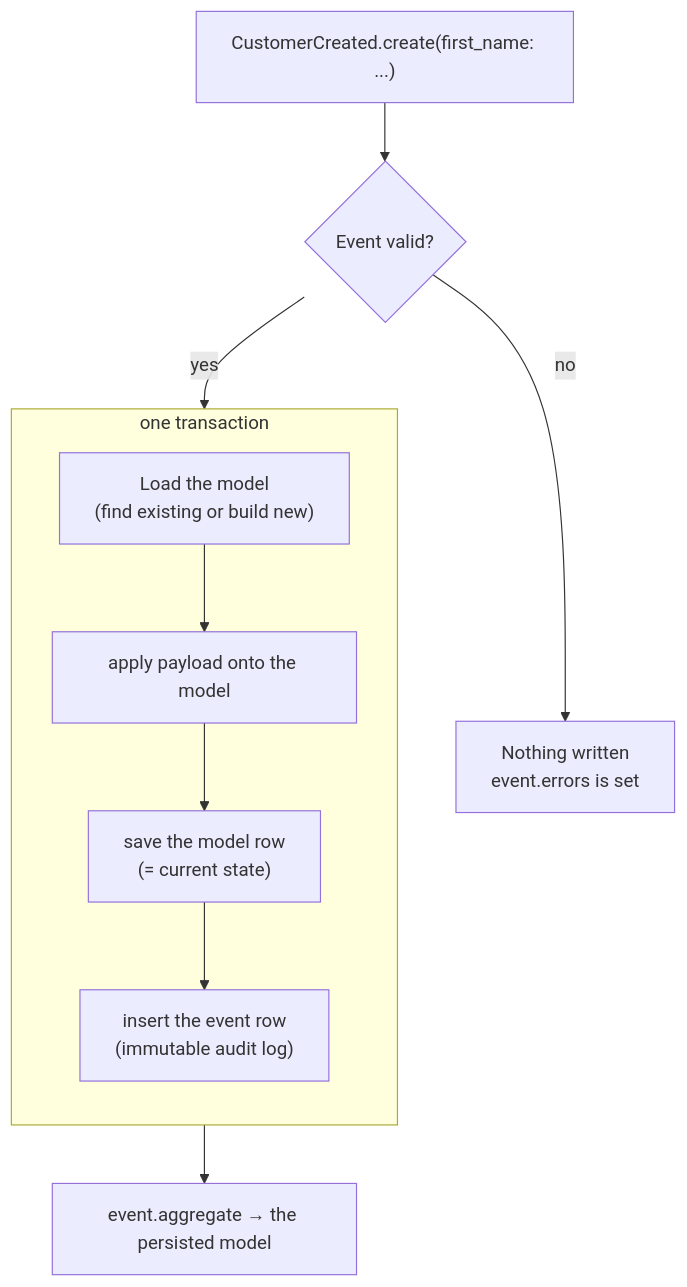
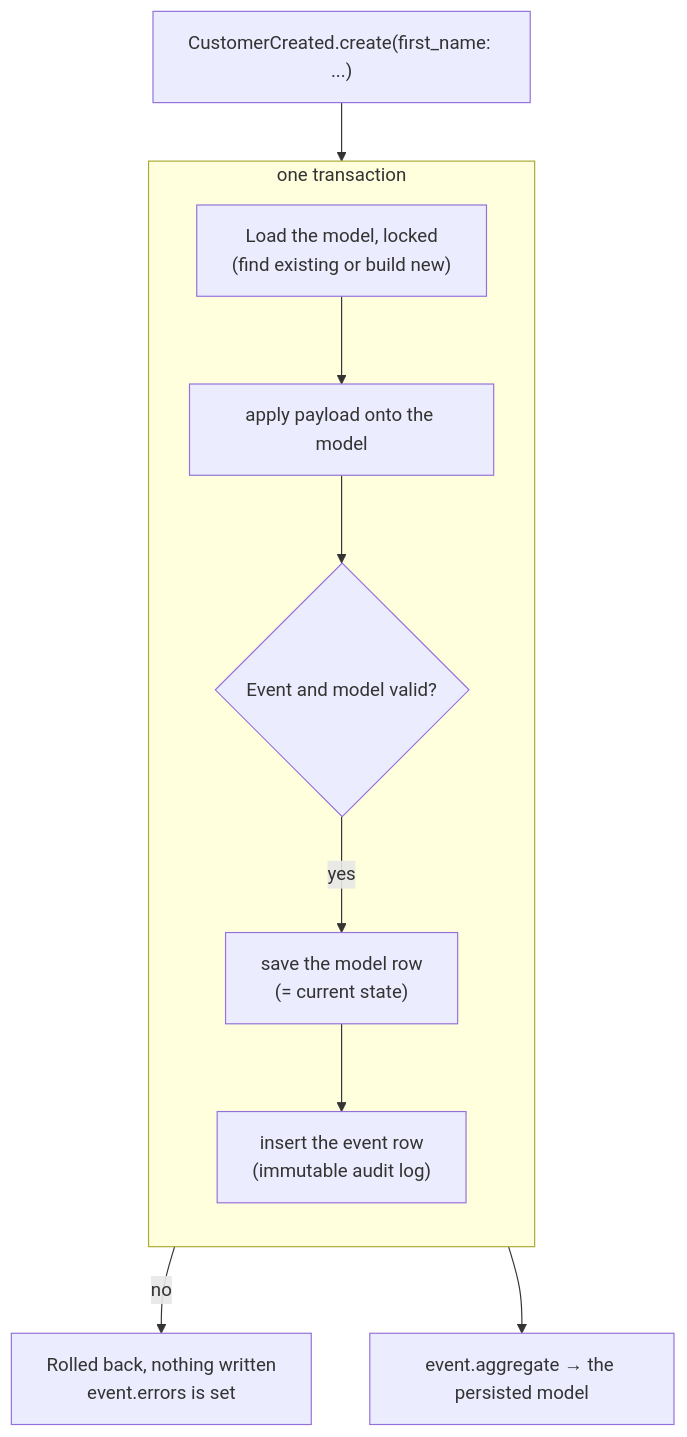
One commit to dbackowski/rails_micro_event_sourcing changed the diagram in README.md. Above: the diagram before and after it, drawn with Mermaid. The commit also changed other lines of this file and 9 other files, not shown here.

````diff
--- a/README.md
+++ b/README.md
@@ -27,15 +31,16 @@
 ```mermaid
 flowchart TD
-    A["CustomerCreated.create(first_name: ...)"] --> B{"Event valid?"}
-    B -- "no" --> C["Nothing written<br/>event.errors is set"]
-    B -- "yes" --> D["Load the model<br/>(find existing or build new)"]
+    A["CustomerCreated.create(first_name: ...)"]
 
     subgraph TX["one transaction"]
         direction TB
-        D --> E["apply payload onto the model"]
-        E --> F["save the model row<br/>(= current state)"]
+        D["Load the model, locked<br/>(find existing or build new)"] --> E["apply payload onto the model"]
+        E --> B{"Event and model valid?"}
+        B -- "yes" --> F["save the model row<br/>(= current state)"]
         F --> G["insert the event row<br/>(immutable audit log)"]
     end
 
+    A --> D
+    B -- "no" --> C["Rolled back, nothing written<br/>event.errors is set"]
     G --> H["event.aggregate → the persisted model"]
 ```
````
